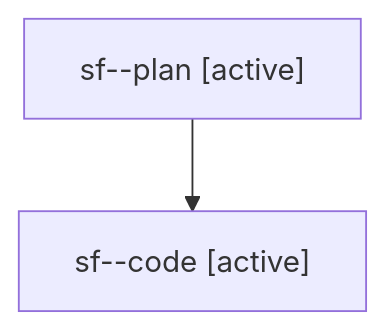
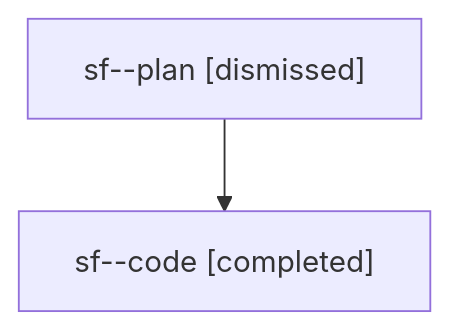
The diagram in families/bbugyi200.athena.sf.md (sase-org/sase--agents), drawn with Mermaid before and after one commit. The commit also changed other lines of this file and 5813 other files, not shown here.

````diff
--- a/families/bbugyi200.athena.sf.md
+++ b/families/bbugyi200.athena.sf.md
@@ -9,6 +9,6 @@
 ```mermaid
 flowchart TD
-  n0["sf--plan [active]"]
-  n1["sf--code [active]"]
+  n0["sf--plan [dismissed]"]
+  n1["sf--code [completed]"]
   n0 --> n1
 ```
````
